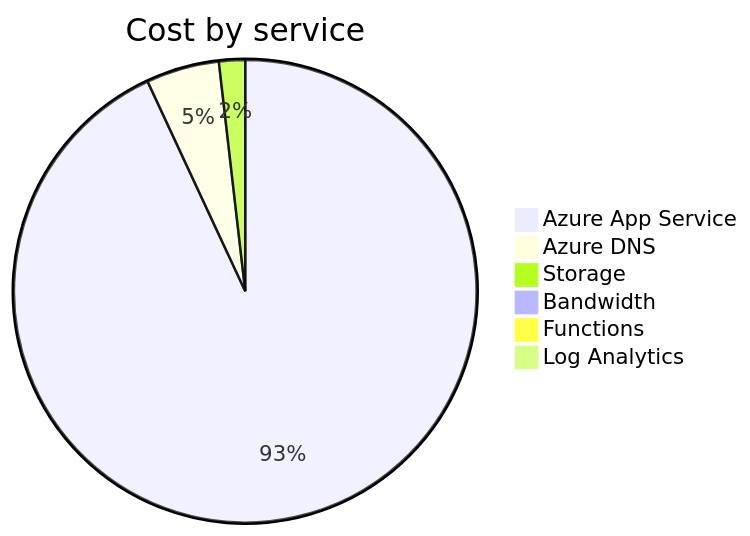
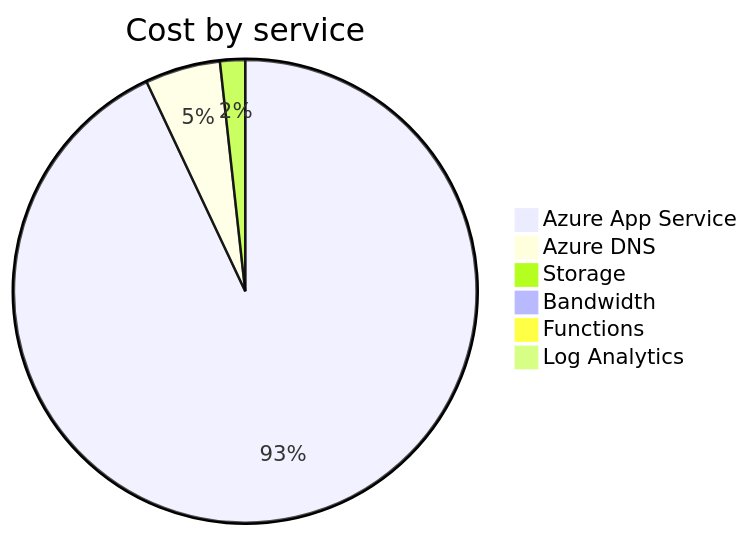
Before and after one commit to jpfulton/azure-personal-reports: the second of 4 diagrams in cost-reports/accumulated-cost.md, drawn with Mermaid. The commit also changed other lines of this file and 4 other files, not shown here.

````diff
--- a/cost-reports/accumulated-cost.md
+++ b/cost-reports/accumulated-cost.md
@@ -100,10 +100,10 @@
 ```mermaid
 pie
    title Cost by service
-   "Azure App Service" : 5.10
-   "Azure DNS" : 0.28
-   "Storage" : 0.10
+   "Azure App Service" : 5.84
+   "Azure DNS" : 0.33
+   "Storage" : 0.11
    "Bandwidth" : 0.00
    "Functions" : 0.00
    "Log Analytics" : 0.00
 ```
````
